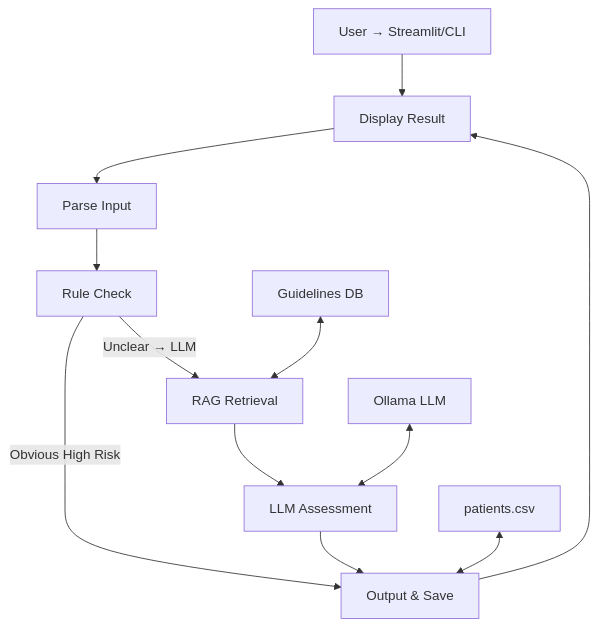
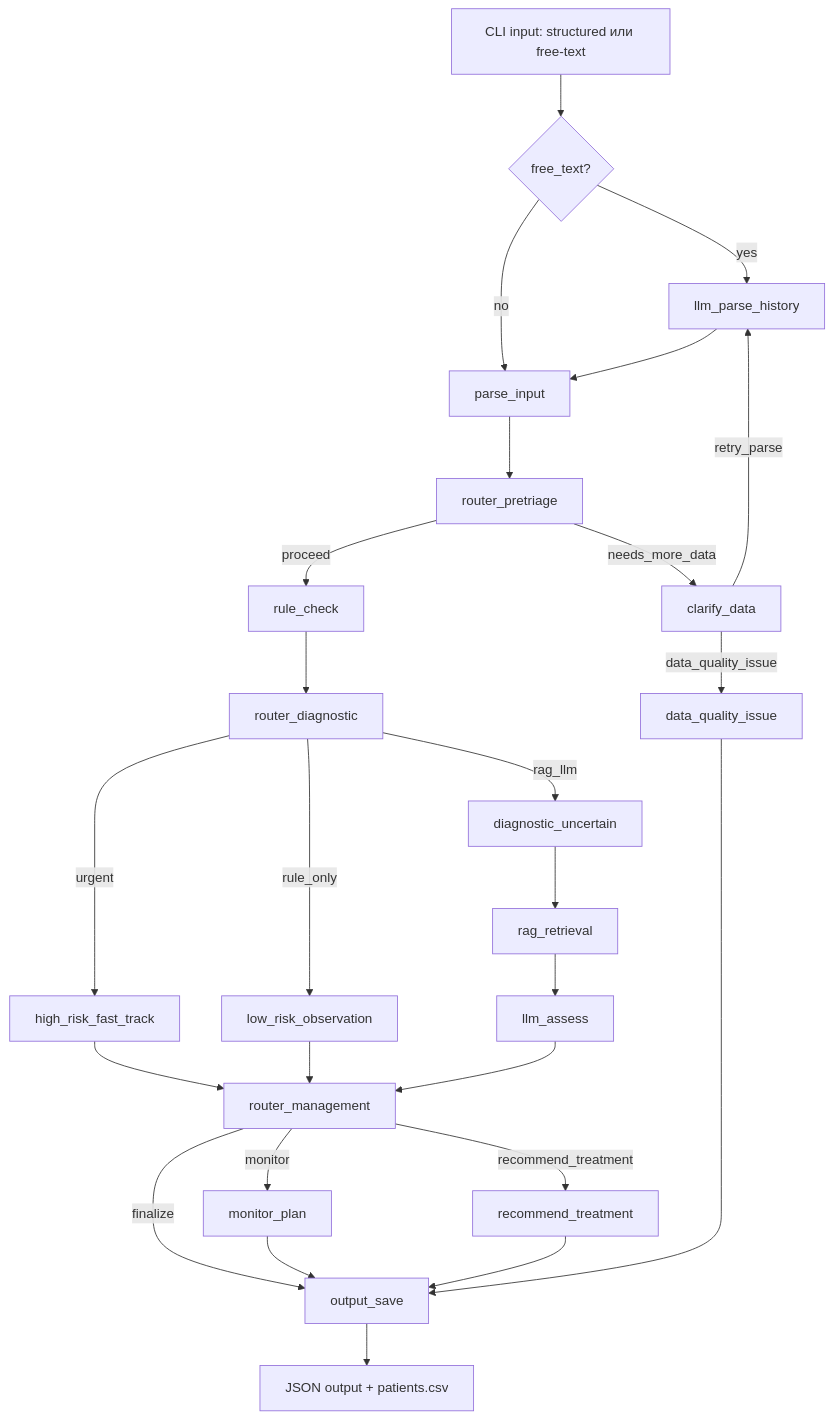
The first of 2 diagrams in README.md (Dnoniel-Ermolaev/VKR_OKR_2026), drawn with Mermaid before and after one commit. The commit also changed other lines of this file and 10 other files, not shown here.

Commit message:
Add Free TEXT, first workflow

````diff
--- a/README.md
+++ b/README.md
@@ -32,15 +35,28 @@
 ```mermaid
 graph TD
-    A[User → Streamlit/CLI] --> B[LangGraph Workflow]
-    B --> C[Parse Input]
-    C --> D[Rule Check]
-    D -->|Obvious High Risk| E[Output & Save]
-    D -->|Unclear → LLM| F[RAG Retrieval]
-    F --> G[LLM Assessment]
-    G --> E
-    E --> B[Display Result]
-
-    I[patients.csv] <--> E
-    J[Guidelines DB] <--> F
-    K[Ollama LLM] <--> G
+    A[CLI input: structured или free-text] --> B{free_text?}
+    B -->|yes| C[llm_parse_history]
+    B -->|no| D[parse_input]
+    C --> D
+    D --> E[router_pretriage]
+    E -->|needs_more_data| F[clarify_data]
+    F -->|retry_parse| C
+    F -->|data_quality_issue| G[data_quality_issue]
+    E -->|proceed| H[rule_check]
+    H --> I[router_diagnostic]
+    I -->|urgent| J[high_risk_fast_track]
+    I -->|rag_llm| K[diagnostic_uncertain]
+    I -->|rule_only| L[low_risk_observation]
+    K --> M[rag_retrieval]
+    M --> N[llm_assess]
+    J --> O[router_management]
+    L --> O
+    N --> O
+    O -->|monitor| P[monitor_plan]
+    O -->|recommend_treatment| Q[recommend_treatment]
+    O -->|finalize| R[output_save]
+    P --> R
+    Q --> R
+    G --> R
+    R --> S[JSON output + patients.csv]
 ```
````
